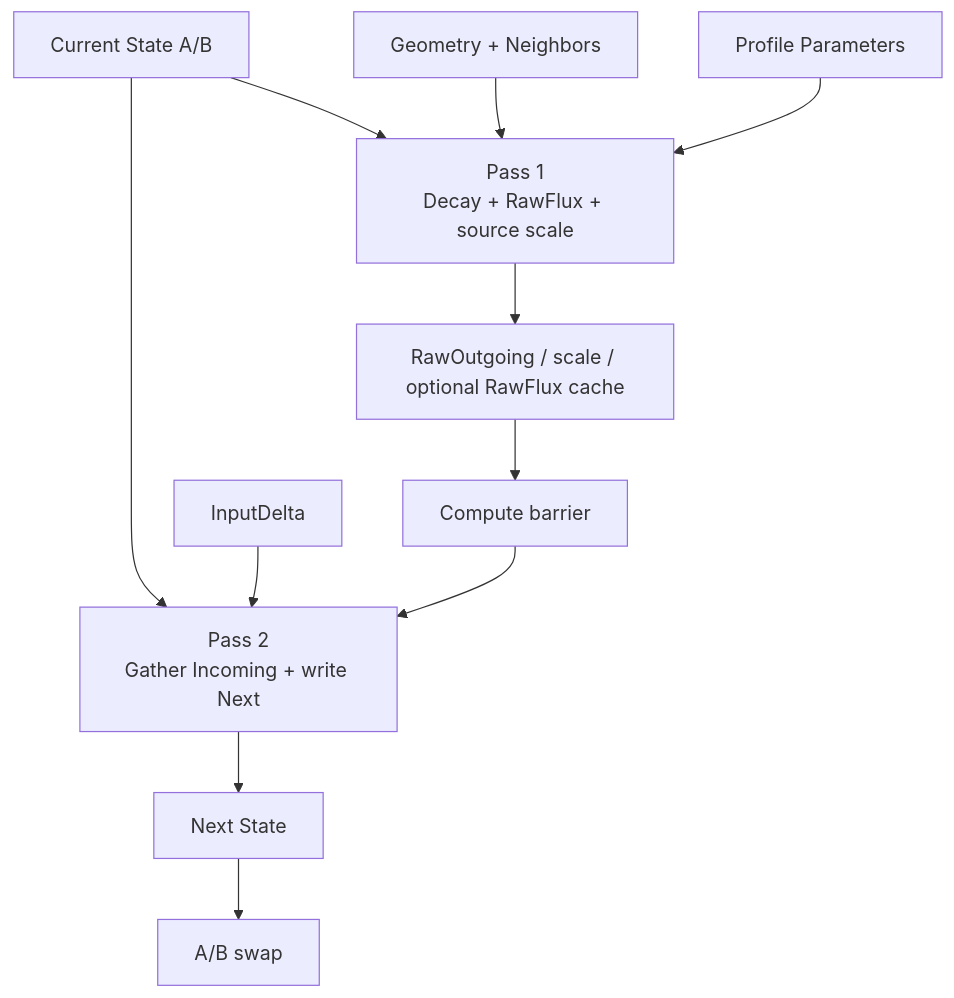
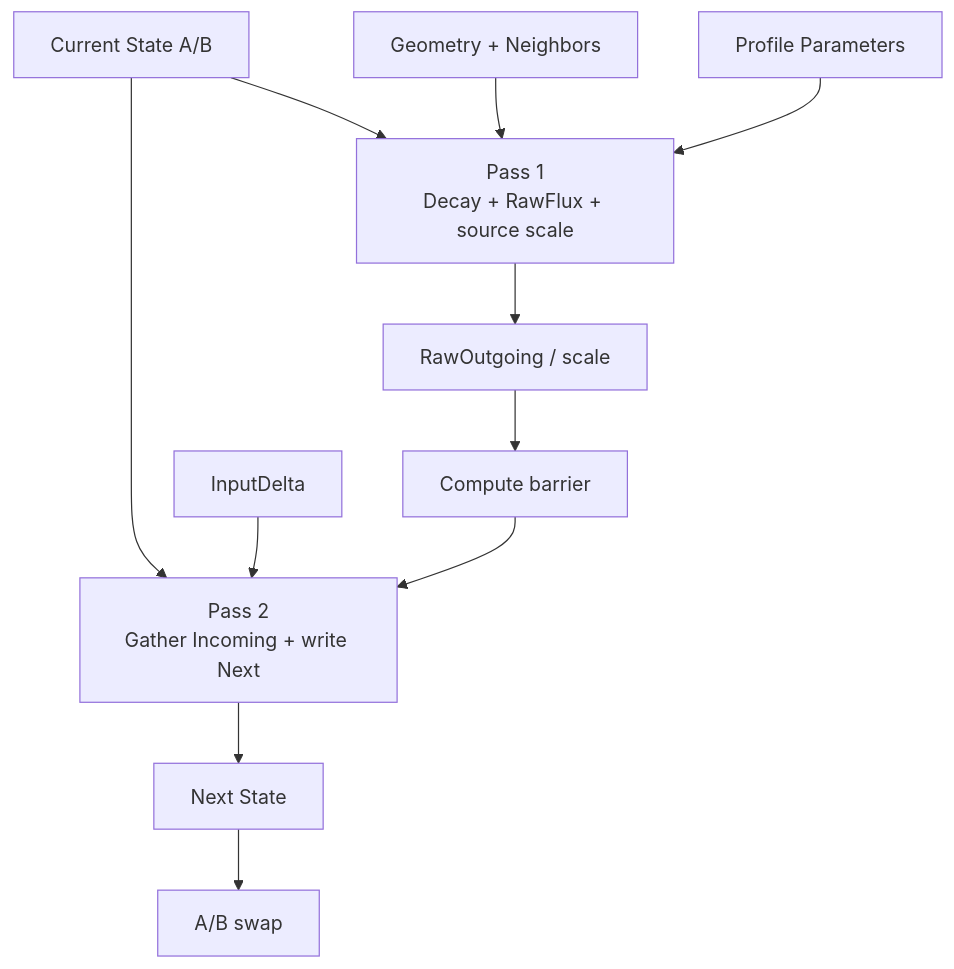
One commit to Yonaim/Material-Dependent-Surface-State-Engine changed the fourth of 5 diagrams in Docs/MDSSP-Vault/03_Architecture/0010_System-Flows.md. Above: the diagram before and after it, drawn with Mermaid. The commit also changed 19 other files, not shown here.

Commit message:
Docs(SurfaceState): RawFlux 캐시 제거 결정 기록

````diff
--- a/Docs/MDSSP-Vault/03_Architecture/0010_System-Flows.md
+++ b/Docs/MDSSP-Vault/03_Architecture/0010_System-Flows.md
@@ -56,13 +56,13 @@
 ```mermaid
 flowchart TD
   Current["Current State A/B"] --> Pass1["Pass 1<br/>Decay + RawFlux + source scale"]
   Geometry["Geometry + Neighbors"] --> Pass1
   Profile["Profile Parameters"] --> Pass1
-  Pass1 --> Scratch["RawOutgoing / scale / optional RawFlux cache"]
+  Pass1 --> Scratch["RawOutgoing / scale"]
   Scratch --> Barrier["Compute barrier"]
   Current --> Pass2["Pass 2<br/>Gather Incoming + write Next"]
   Input["InputDelta"] --> Pass2
   Barrier --> Pass2
   Pass2 --> Next["Next State"]
   Next --> Swap["A/B swap"]
 ```
````
